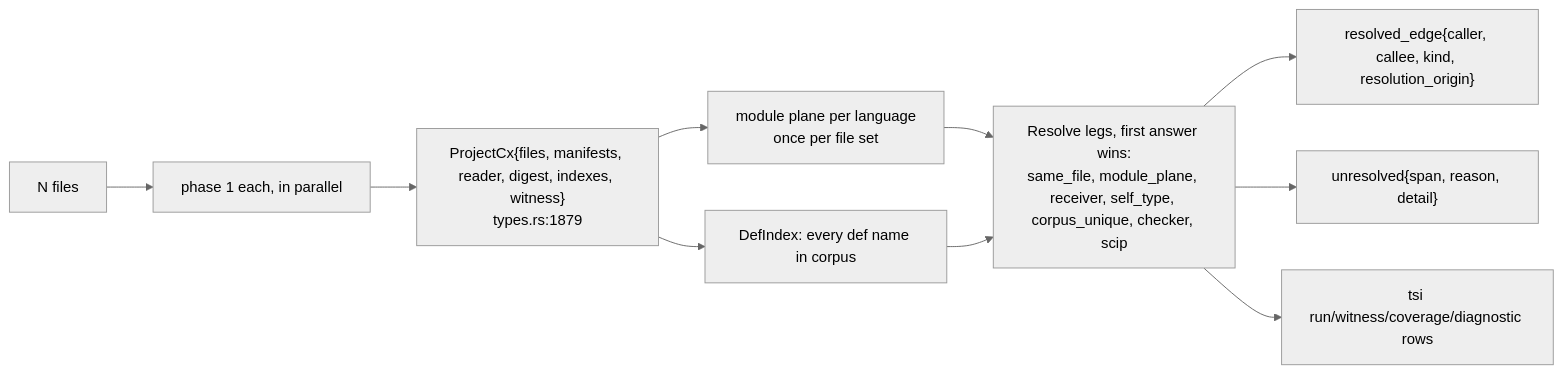
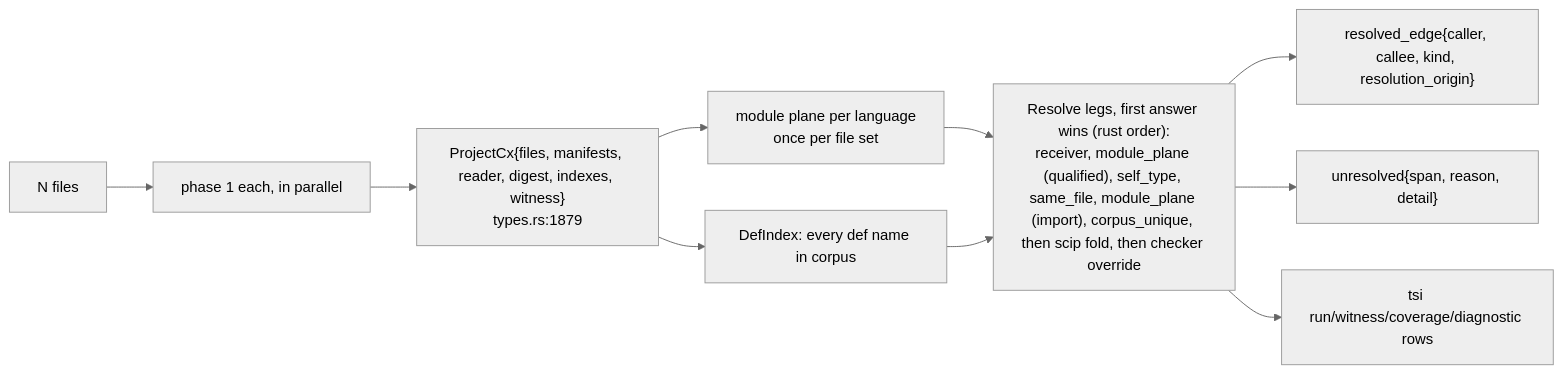
One commit to hafley66/hafley-rs changed the second of 4 diagrams in crates/sprefa-extract/docs/0_architecture-matrix-20260917.md. Above: the diagram before and after it, drawn with Mermaid (neutral theme). The commit also changed other lines of this file and 4 other files, not shown here.

````diff
--- a/crates/sprefa-extract/docs/0_architecture-matrix-20260917.md
+++ b/crates/sprefa-extract/docs/0_architecture-matrix-20260917.md
@@ -116,12 +116,12 @@
 ```mermaid
 flowchart LR
     in["N files"] --> p1["phase 1 each, in parallel"]
     p1 --> cx["ProjectCx{files, manifests, reader, digest, indexes, witness}<br/>types.rs:1879"]
     cx --> mp["module plane per language<br/>once per file set"]
     cx --> di["DefIndex: every def name in corpus"]
-    mp --> legs["Resolve legs, first answer wins:<br/>same_file, module_plane, receiver, self_type, corpus_unique, checker, scip"]
+    mp --> legs["Resolve legs, first answer wins (rust order):<br/>receiver, module_plane (qualified), self_type, same_file, module_plane (import), corpus_unique, then scip fold, then checker override"]
     di --> legs
     legs --> re["resolved_edge{caller, callee, kind, resolution_origin}"]
     legs --> un["unresolved{span, reason, detail}"]
     legs --> tsi["tsi run/witness/coverage/diagnostic rows"]
 ```
````
